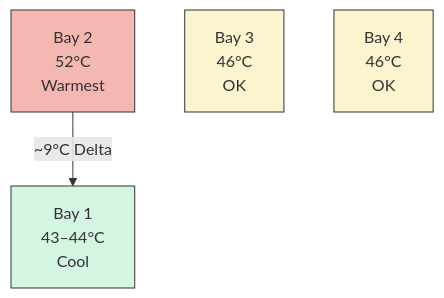
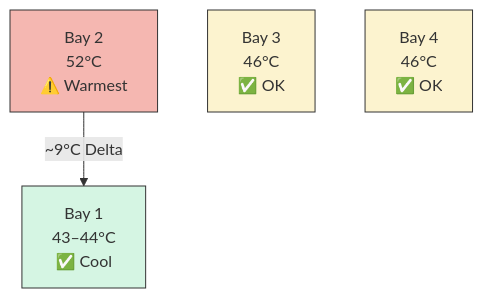
Before and after one commit to rw-martin/UGREEN-DXP4800-Fan-Curve: the second of 3 diagrams in README.md, drawn with Mermaid. The commit also changed other lines of this file and 3 other files, not shown here.

````diff
--- a/README.md
+++ b/README.md
@@ -108,14 +150,14 @@
 ```mermaid
 graph TD
-    B1["Bay 1<br>43–44°C<br>Cool"]
-    B2["Bay 2<br>52°C<br>Warmest"]
-    B3["Bay 3<br>46°C<br>OK"]
-    B4["Bay 4<br>46°C<br>OK"]
-
+    B1["Bay 1<br>43–44°C<br>✅ Cool"]
+    B2["Bay 2<br>52°C<br>⚠️ Warmest"]
+    B3["Bay 3<br>46°C<br>✅ OK"]
+    B4["Bay 4<br>46°C<br>✅ OK"]
+ 
     B2 -->|"~9°C Delta"| B1
-
+ 
     style B1 fill:#d5f5e3,stroke:#333
     style B2 fill:#f5b7b1,stroke:#333
     style B3 fill:#fcf3cf,stroke:#333
     style B4 fill:#fcf3cf,stroke:#333
 ```
````
